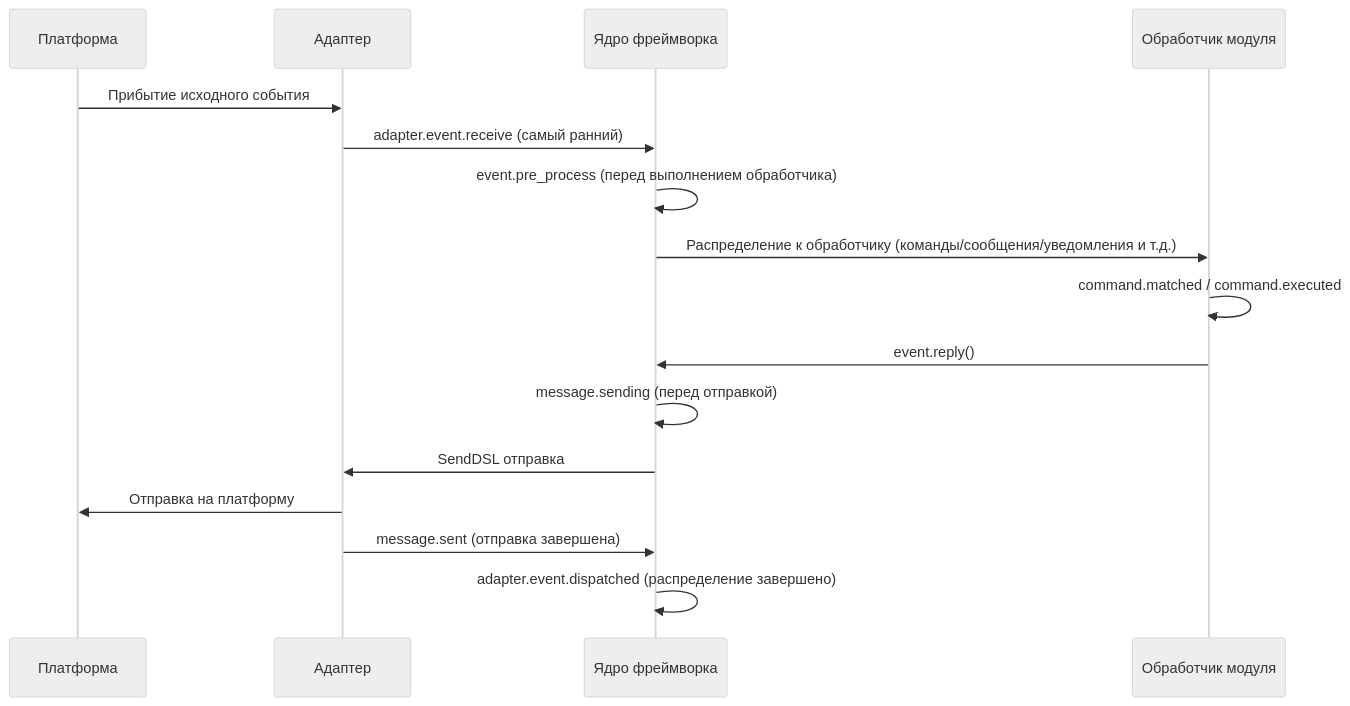
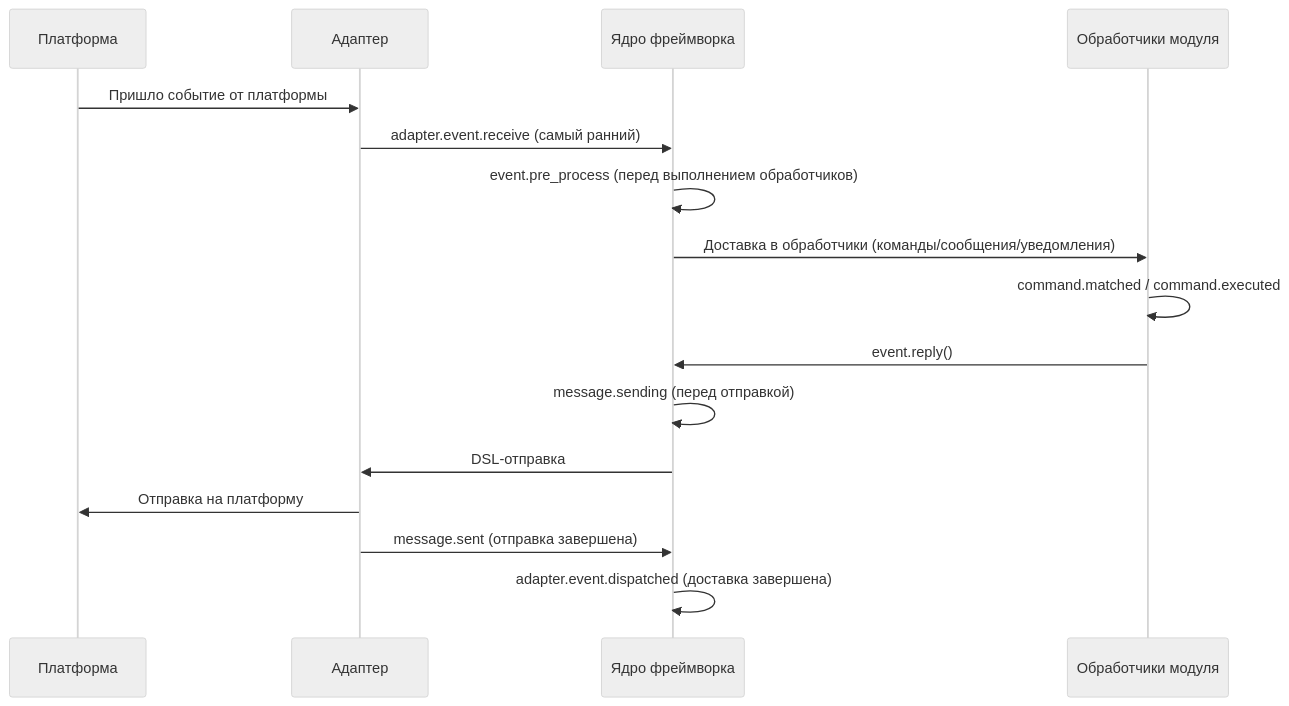
One commit to ErisPulse/ErisPulse changed the diagram in docs/ru/advanced/lifecycle.md. Above: the diagram before and after it, drawn with Mermaid (neutral theme). The commit also changed other lines of this file and 71 other files, not shown here.

````diff
--- a/docs/ru/advanced/lifecycle.md
+++ b/docs/ru/advanced/lifecycle.md
@@ -117,19 +117,19 @@
 ```mermaid
 sequenceDiagram
     participant P as Платформа
     participant A as Адаптер
     participant F as Ядро фреймворка
-    participant M as Обработчик модуля
+    participant M as Обработчики модуля
 
-    P->>A: Прибытие исходного события
+    P->>A: Пришло событие от платформы
     A->>F: adapter.event.receive (самый ранний)
-    F->>F: event.pre_process (перед выполнением обработчика)
-    F->>M: Распределение к обработчику (команды/сообщения/уведомления и т.д.)
+    F->>F: event.pre_process (перед выполнением обработчиков)
+    F->>M: Доставка в обработчики (команды/сообщения/уведомления)
     M->>M: command.matched / command.executed
     M->>F: event.reply()
     F->>F: message.sending (перед отправкой)
-    F->>A: SendDSL отправка
+    F->>A: DSL-отправка
     A->>P: Отправка на платформу
     A->>F: message.sent (отправка завершена)
-    F->>F: adapter.event.dispatched (распределение завершено)
+    F->>F: adapter.event.dispatched (доставка завершена)
 ```
````
